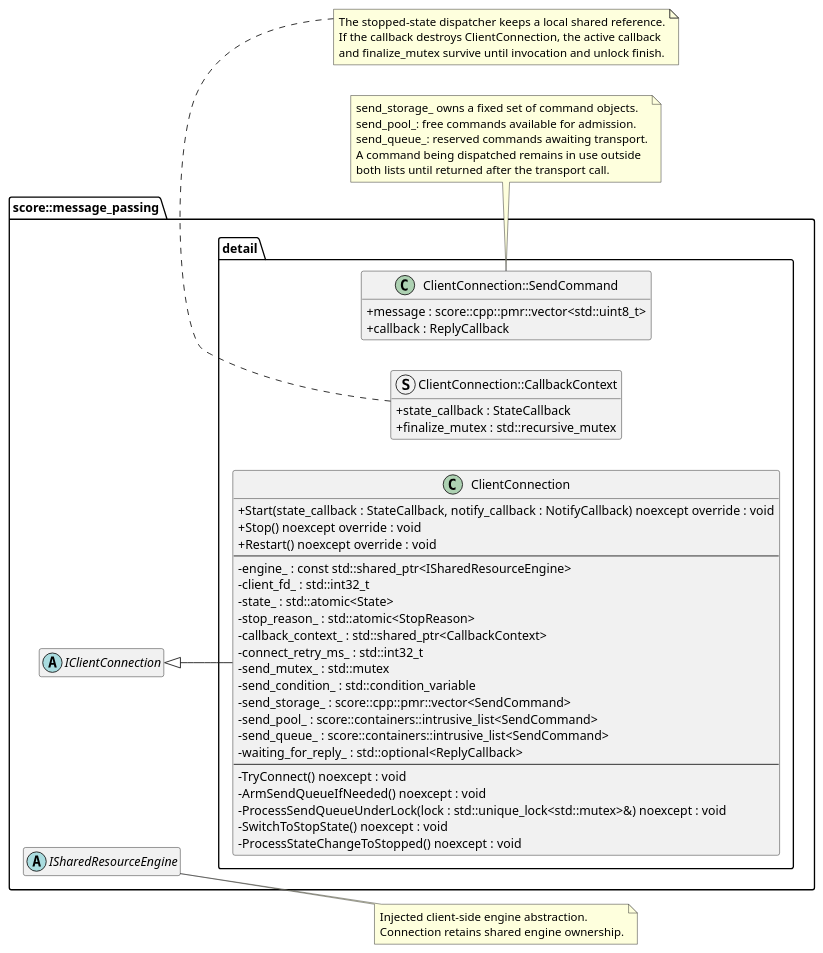
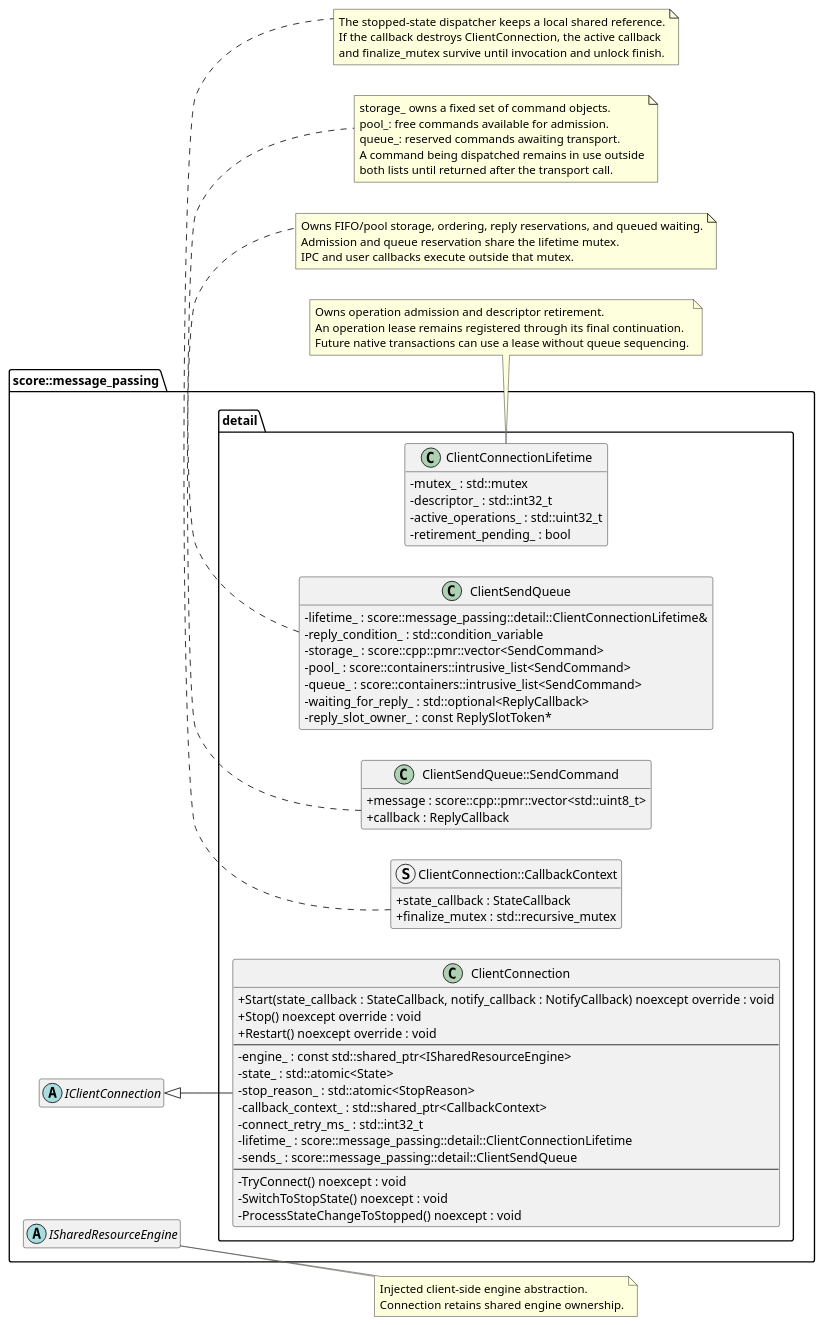
Before and after one commit to eclipse-score/communication: the diagram in score/message_passing/dependability/software_unit_design/client_connection_class_diagram.puml, drawn with PlantUML. The commit also changed 43 other files, not shown here.

First line of the commit message:
message_passing: extract client_connection state helpers

```diff
--- a/score/message_passing/dependability/software_unit_design/client_connection_class_diagram.puml
+++ b/score/message_passing/dependability/software_unit_design/client_connection_class_diagram.puml
@@ -1,69 +1,91 @@
 @startuml client_connection_class_diagram
 hide empty members
 skinparam classAttributeIconSize 0
 left to right direction
 
 namespace score::message_passing {
     abstract class "IClientConnection" as ClientInterface
     abstract class "ISharedResourceEngine" as SharedEngine
 
     namespace detail {
         class "ClientConnection" as Connection {
             + Start(state_callback : StateCallback, notify_callback : NotifyCallback) noexcept override : void
             + Stop() noexcept override : void
             + Restart() noexcept override : void
             --
             - engine_ : const std::shared_ptr<ISharedResourceEngine>
-            - client_fd_ : std::int32_t
             - state_ : std::atomic<State>
             - stop_reason_ : std::atomic<StopReason>
             - callback_context_ : std::shared_ptr<CallbackContext>
             - connect_retry_ms_ : std::int32_t
-            - send_mutex_ : std::mutex
-            - send_condition_ : std::condition_variable
-            - send_storage_ : score::cpp::pmr::vector<SendCommand>
-            - send_pool_ : score::containers::intrusive_list<SendCommand>
-            - send_queue_ : score::containers::intrusive_list<SendCommand>
-            - waiting_for_reply_ : std::optional<ReplyCallback>
+            - lifetime_ : score::message_passing::detail::ClientConnectionLifetime
+            - sends_ : score::message_passing::detail::ClientSendQueue
             --
             - TryConnect() noexcept : void
-            - ArmSendQueueIfNeeded() noexcept : void
-            - ProcessSendQueueUnderLock(lock : std::unique_lock<std::mutex>&) noexcept : void
             - SwitchToStopState() noexcept : void
             - ProcessStateChangeToStopped() noexcept : void
+        }
+
+        class "ClientConnectionLifetime" as Lifetime {
+            - mutex_ : std::mutex
+            - descriptor_ : std::int32_t
+            - active_operations_ : std::uint32_t
+            - retirement_pending_ : bool
+        }
+
+        class "ClientSendQueue" as Sends {
+            - lifetime_ : score::message_passing::detail::ClientConnectionLifetime&
+            - reply_condition_ : std::condition_variable
+            - storage_ : score::cpp::pmr::vector<SendCommand>
+            - pool_ : score::containers::intrusive_list<SendCommand>
+            - queue_ : score::containers::intrusive_list<SendCommand>
+            - waiting_for_reply_ : std::optional<ReplyCallback>
+            - reply_slot_owner_ : const ReplySlotToken*
         }
 
         struct "ClientConnection::CallbackContext" as CallbackContext {
             + state_callback : StateCallback
             + finalize_mutex : std::recursive_mutex
         }
 
-        class "ClientConnection::SendCommand" as SendCommand {
+        class "ClientSendQueue::SendCommand" as SendCommand {
             + message : score::cpp::pmr::vector<std::uint8_t>
             + callback : ReplyCallback
         }
     }
 }
 
 ClientInterface <|-- Connection
 
+note bottom of Lifetime
+    Owns operation admission and descriptor retirement.
+    An operation lease remains registered through its final continuation.
+    Future native transactions can use a lease without queue sequencing.
+end note
+
+note bottom of Sends
+    Owns FIFO/pool storage, ordering, reply reservations, and queued waiting.
+    Admission and queue reservation share the lifetime mutex.
+    IPC and user callbacks execute outside that mutex.
+end note
+
 note right of SharedEngine
     Injected client-side engine abstraction.
     Connection retains shared engine ownership.
 end note
 
 note bottom of SendCommand
-    send_storage_ owns a fixed set of command objects.
-    send_pool_: free commands available for admission.
-    send_queue_: reserved commands awaiting transport.
+    storage_ owns a fixed set of command objects.
+    pool_: free commands available for admission.
+    queue_: reserved commands awaiting transport.
     A command being dispatched remains in use outside
     both lists until returned after the transport call.
 end note
 
 note bottom of CallbackContext
     The stopped-state dispatcher keeps a local shared reference.
     If the callback destroys ClientConnection, the active callback
     and finalize_mutex survive until invocation and unlock finish.
 end note
 
 @enduml
```
